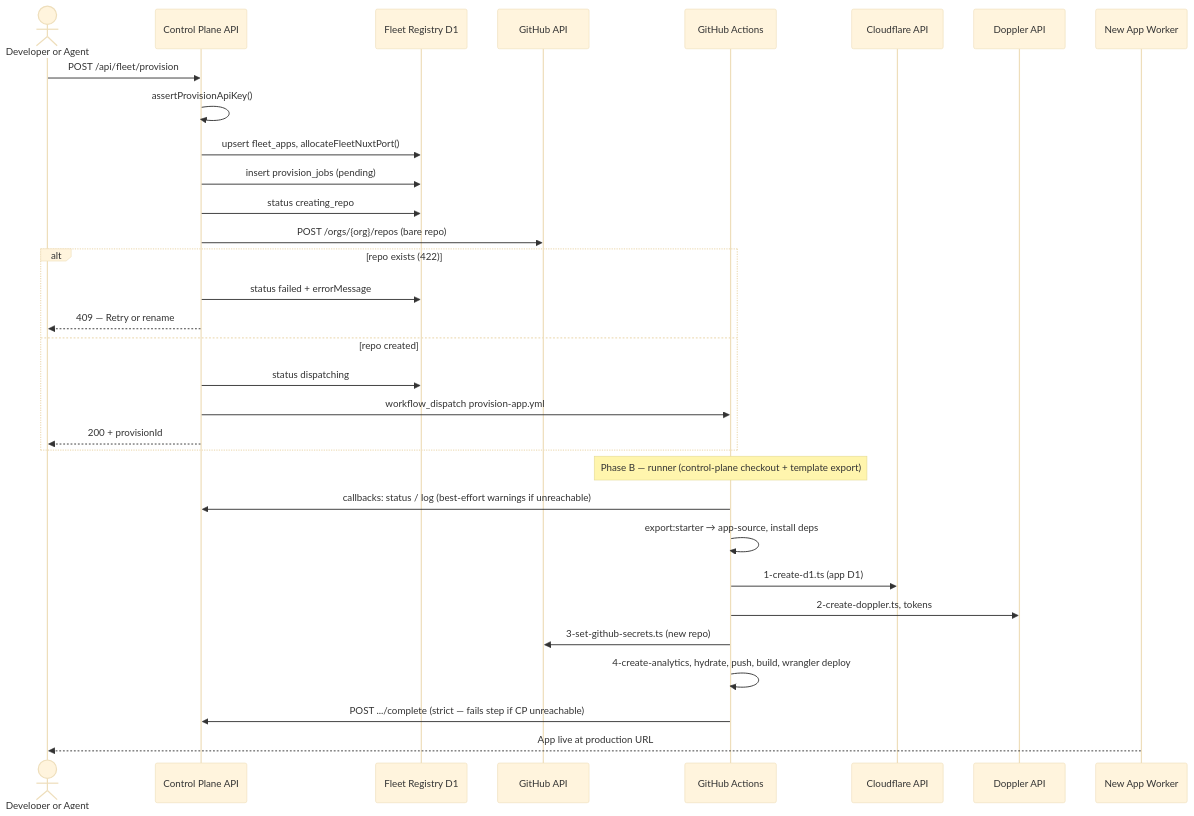
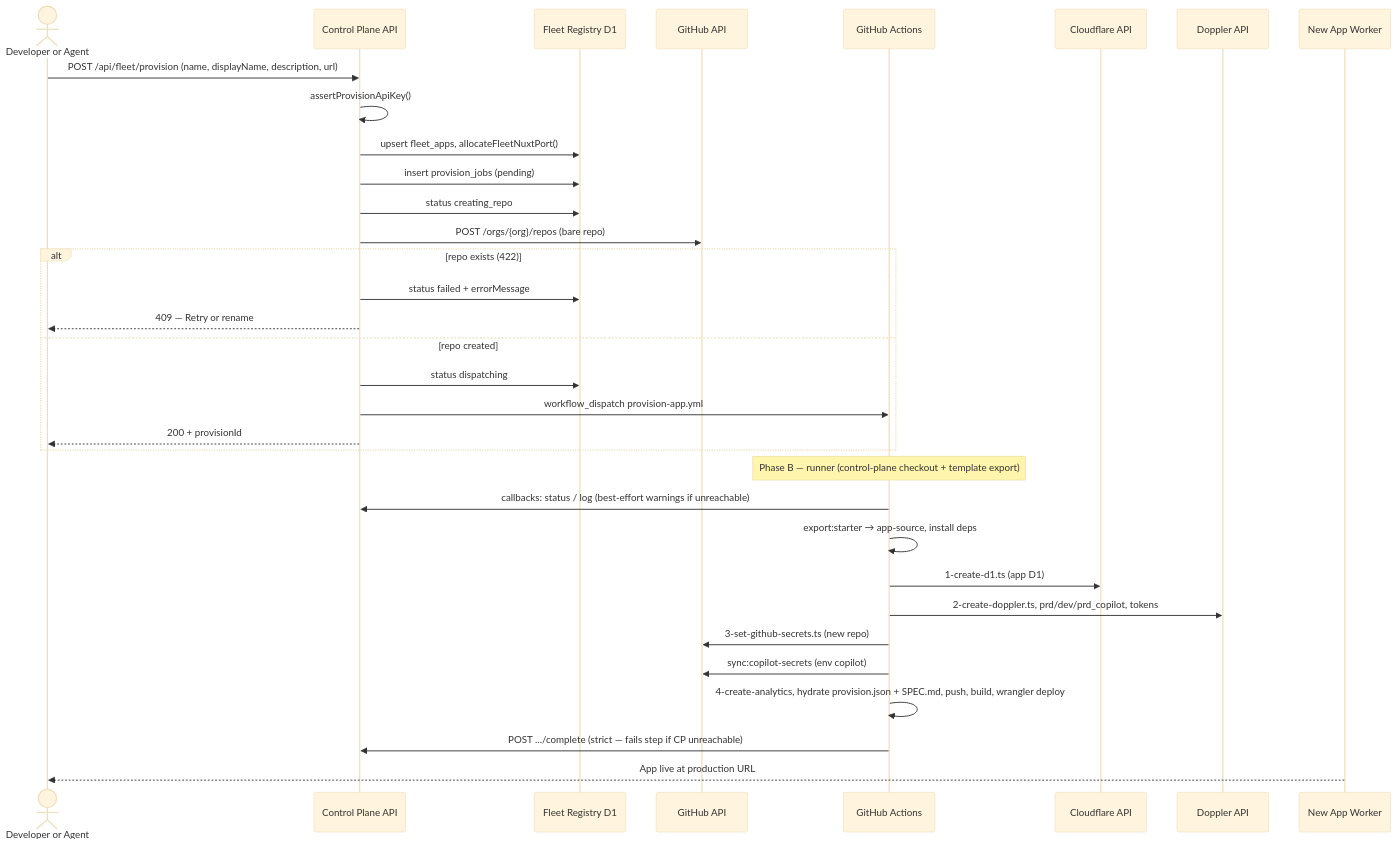
The first of 3 diagrams in docs/provisioning-flow.md (narduk-enterprises/control-plane), drawn with Mermaid (base theme) before and after one commit. The commit also changed other lines of this file and 15 other files, not shown here.

Commit message:
feat: provision copilot workflow context

````diff
--- a/docs/provisioning-flow.md
+++ b/docs/provisioning-flow.md
@@ -47,39 +48,40 @@
 ```mermaid
 sequenceDiagram
     actor Dev as Developer or Agent
     participant CP as Control Plane API
     participant D1 as Fleet Registry D1
     participant GH as GitHub API
     participant GHA as GitHub Actions
     participant CF as Cloudflare API
     participant Dopp as Doppler API
     participant App as New App Worker
 
-    Dev->>CP: POST /api/fleet/provision
+    Dev->>CP: POST /api/fleet/provision (name, displayName, description, url)
     CP->>CP: assertProvisionApiKey()
 
     CP->>D1: upsert fleet_apps, allocateFleetNuxtPort()
     CP->>D1: insert provision_jobs (pending)
     CP->>D1: status creating_repo
     CP->>GH: POST /orgs/{org}/repos (bare repo)
     alt repo exists (422)
       CP->>D1: status failed + errorMessage
       CP-->>Dev: 409 — Retry or rename
     else repo created
       CP->>D1: status dispatching
       CP->>GHA: workflow_dispatch provision-app.yml
       CP-->>Dev: 200 + provisionId
     end
 
     Note over GHA: Phase B — runner (control-plane checkout + template export)
 
     GHA->>CP: callbacks: status / log (best-effort warnings if unreachable)
     GHA->>GHA: export:starter → app-source, install deps
     GHA->>CF: 1-create-d1.ts (app D1)
-    GHA->>Dopp: 2-create-doppler.ts, tokens
+    GHA->>Dopp: 2-create-doppler.ts, prd/dev/prd_copilot, tokens
     GHA->>GH: 3-set-github-secrets.ts (new repo)
-    GHA->>GHA: 4-create-analytics, hydrate, push, build, wrangler deploy
+    GHA->>GH: sync:copilot-secrets (env copilot)
+    GHA->>GHA: 4-create-analytics, hydrate provision.json + SPEC.md, push, build, wrangler deploy
     GHA->>CP: POST .../complete (strict — fails step if CP unreachable)
 
     App-->>Dev: App live at production URL
 ```
````
